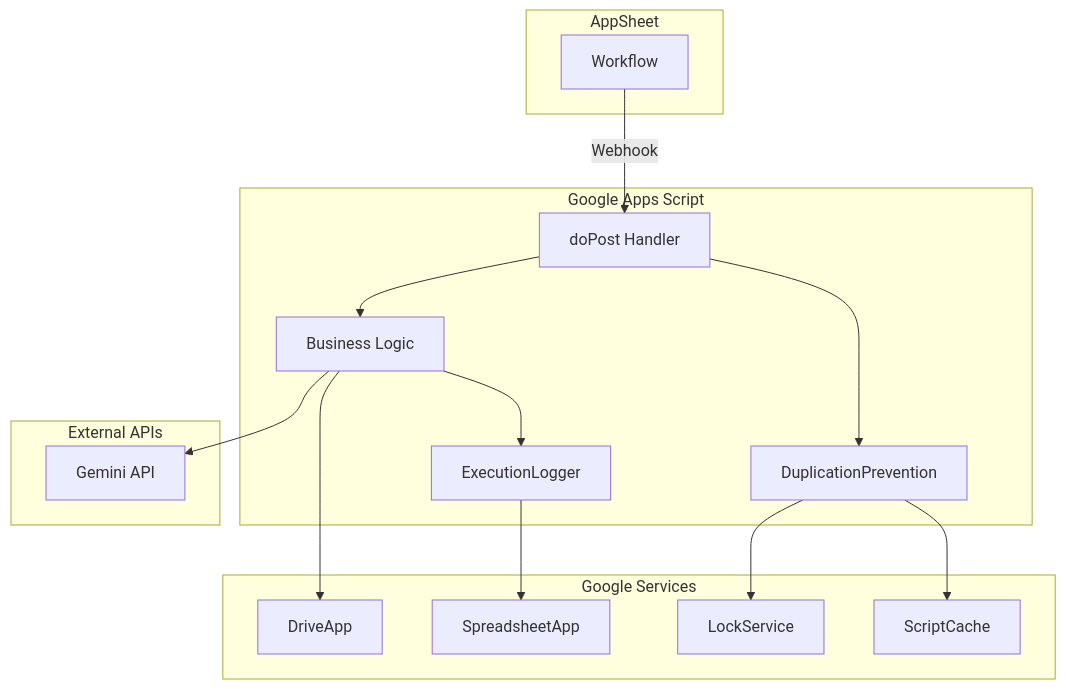
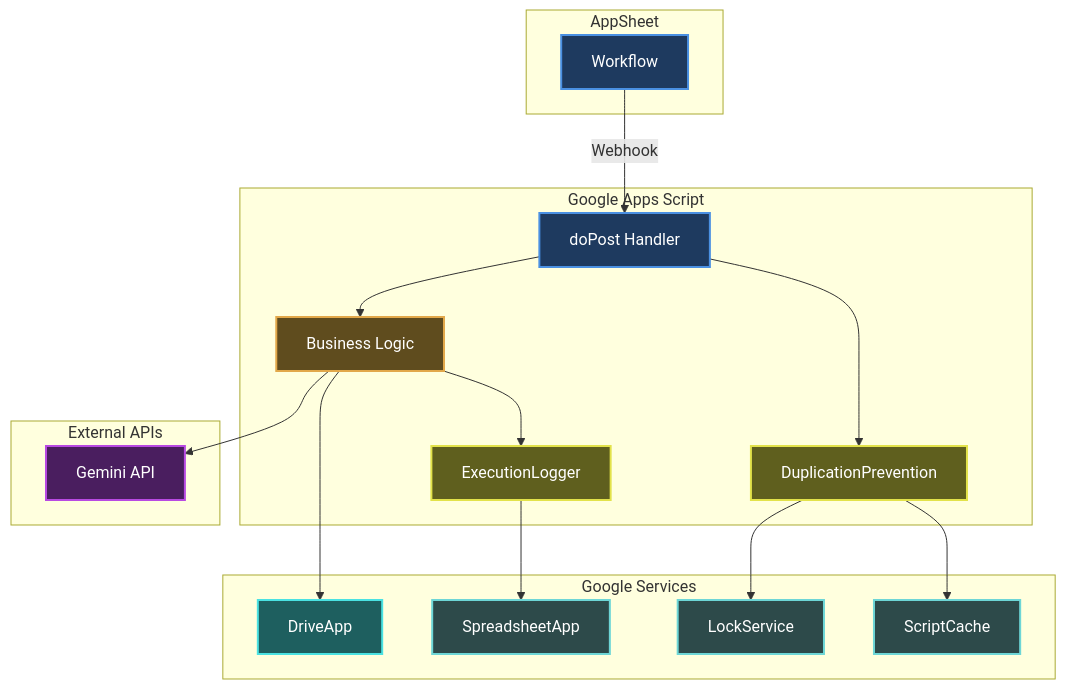
The eighth of 8 diagrams in gas_projects/projects/nursing/Appsheet_訪問看護_書類仕分け/FLOW.md (tasai-lab/appsheet-gas-automation), drawn with Mermaid before and after one commit. The commit also changed other lines of this file and 15 other files, not shown here.

First line of the commit message:
docs: FLOW.mdにダークモード対応配色を適用 - 全15プロジェクト完了

````diff
--- a/gas_projects/projects/nursing/Appsheet_訪問看護_書類仕分け/FLOW.md
+++ b/gas_projects/projects/nursing/Appsheet_訪問看護_書類仕分け/FLOW.md
@@ -200,35 +243,46 @@
 ```mermaid
 graph TB
     subgraph "AppSheet"
         A[Workflow]
     end
-    
+
     subgraph "Google Apps Script"
         B[doPost Handler]
         C[DuplicationPrevention]
         D[ExecutionLogger]
         E[Business Logic]
     end
-    
+
     subgraph "Google Services"
         F[ScriptCache]
         G[LockService]
         H[SpreadsheetApp]
         I[DriveApp]
     end
-    
+
     subgraph "External APIs"
         J[Gemini API]
     end
-    
+
     A -->|Webhook| B
     B --> C
     B --> E
     E --> D
-    
+
     C --> F
     C --> G
     D --> H
     E --> I
     E --> J
+
+    style A fill:#1e3a5f,stroke:#4a90e2,stroke-width:2px,color:#ffffff
+    style B fill:#1e3a5f,stroke:#4a90e2,stroke-width:2px,color:#ffffff
+    style C fill:#5f5f1e,stroke:#e2e24a,stroke-width:2px,color:#ffffff
+    style D fill:#5f5f1e,stroke:#e2e24a,stroke-width:2px,color:#ffffff
+    style E fill:#5f4c1e,stroke:#e2a84a,stroke-width:2px,color:#ffffff
+    style F fill:#2d4a4a,stroke:#6dd6d6,stroke-width:2px,color:#ffffff
+    style G fill:#2d4a4a,stroke:#6dd6d6,stroke-width:2px,color:#ffffff
+    style H fill:#2d4a4a,stroke:#6dd6d6,stroke-width:2px,color:#ffffff
+    style I fill:#1e5f5f,stroke:#4ae2e2,stroke-width:2px,color:#ffffff
+    style J fill:#4a1e5f,stroke:#b84ae2,stroke-width:2px,color:#ffffff
 ```
````
